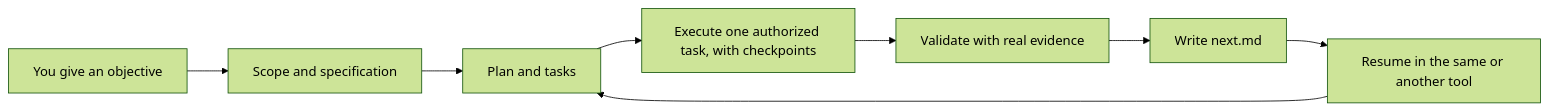
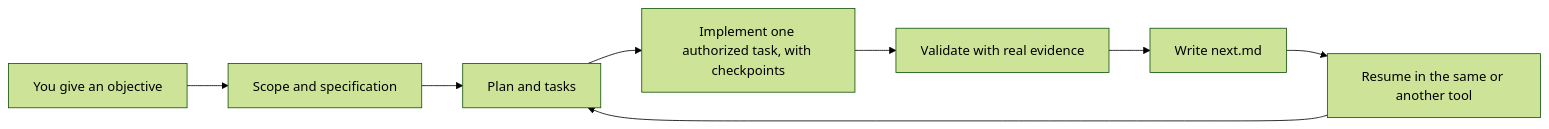
The diagram in README.md (roperi/spec-driven-workflow), drawn with Mermaid (forest theme) before and after one commit. The commit also changed other lines of this file and 10 other files, not shown here.

Commit message:
Rename the execute stage to implement

````diff
--- a/README.md
+++ b/README.md
@@ -80,10 +80,10 @@
 ```mermaid
 flowchart LR
   A[You give an objective] --> B[Scope and specification]
   B --> C[Plan and tasks]
-  C --> D[Execute one authorized task, with checkpoints]
+  C --> D[Implement one authorized task, with checkpoints]
   D --> E[Validate with real evidence]
   E --> F[Write next.md]
   F --> G[Resume in the same or another tool]
   G --> C
 ```
````
